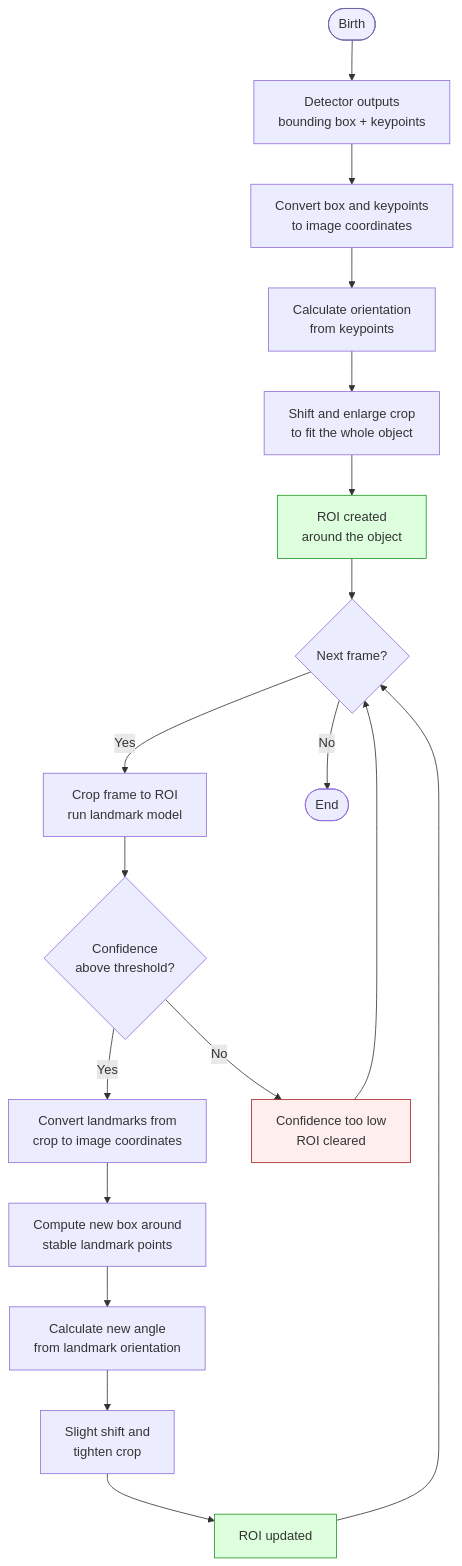
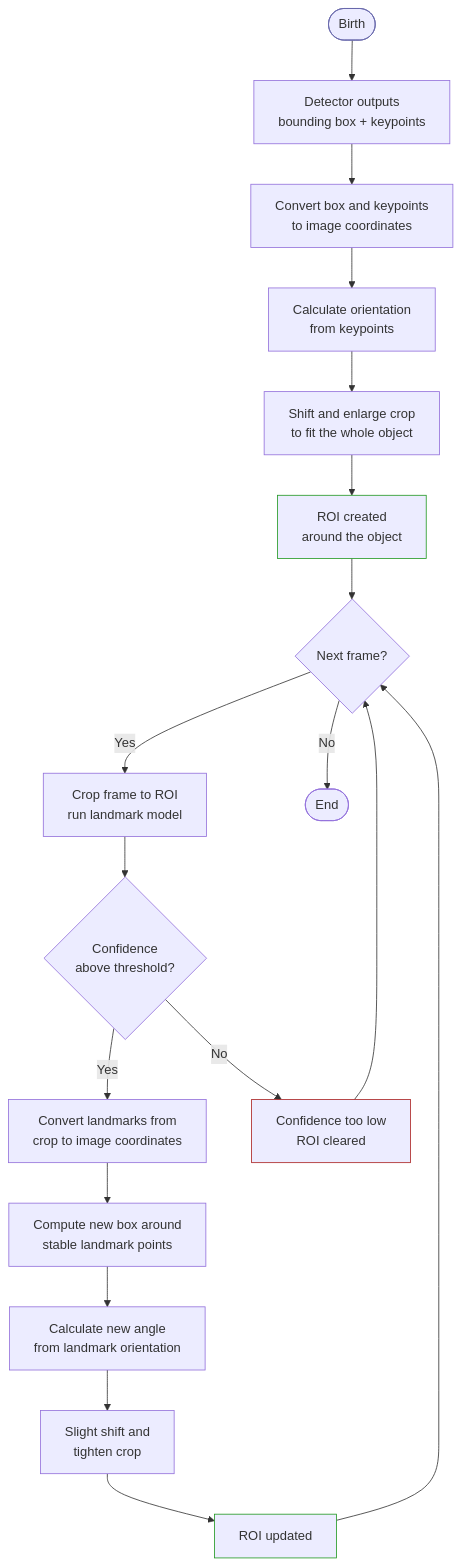
Before and after one commit to Webahh/embedded_signlanguage_translator: the diagram in ml_pipeline/docs/roi_lifecycle.md, drawn with Mermaid. The commit also changed 1 other file, not shown here.

Commit message:
fix: doc ML ROI unreadable nodes fixed

````diff
--- a/ml_pipeline/docs/roi_lifecycle.md
+++ b/ml_pipeline/docs/roi_lifecycle.md
@@ -3,29 +3,29 @@
 ```mermaid
 flowchart TD
     Start(["Birth"]) --> Det["Detector outputs\nbounding box + keypoints"]
     Det --> Convert["Convert box and keypoints\nto image coordinates"]
     Convert --> Rotation["Calculate orientation\nfrom keypoints"]
     Rotation --> ShiftScale1["Shift and enlarge crop\nto fit the whole object"]
     ShiftScale1 --> InitROI["ROI created\naround the object"]
 
     InitROI --> Loop{"Next frame?"}
     Loop -->|Yes| Crop["Crop frame to ROI\nrun landmark model"]
     Crop --> Confidence{"Confidence\nabove threshold?"}
 
     Confidence -->|Yes| Decode["Convert landmarks from\ncrop to image coordinates"]
     Decode --> BBox["Compute new box around\nstable landmark points"]
     BBox --> Rot2["Calculate new angle\nfrom landmark orientation"]
     Rot2 --> ShiftScale2["Slight shift and\ntighten crop"]
     ShiftScale2 --> UpdateROI["ROI updated"]
     UpdateROI --> Loop
 
     Confidence -->|No| Death["Confidence too low\nROI cleared"]
     Death --> Loop
 
     Loop -->|No| End(["End"])
 
-    style Start fill:#eef,stroke:#66a
-    style InitROI fill:#dfd,stroke:#292
-    style UpdateROI fill:#dfd,stroke:#292
-    style Death fill:#fee,stroke:#a22
+    style Start stroke:#66a
+    style InitROI stroke:#292
+    style UpdateROI stroke:#292
+    style Death stroke:#a22
 ```
````
